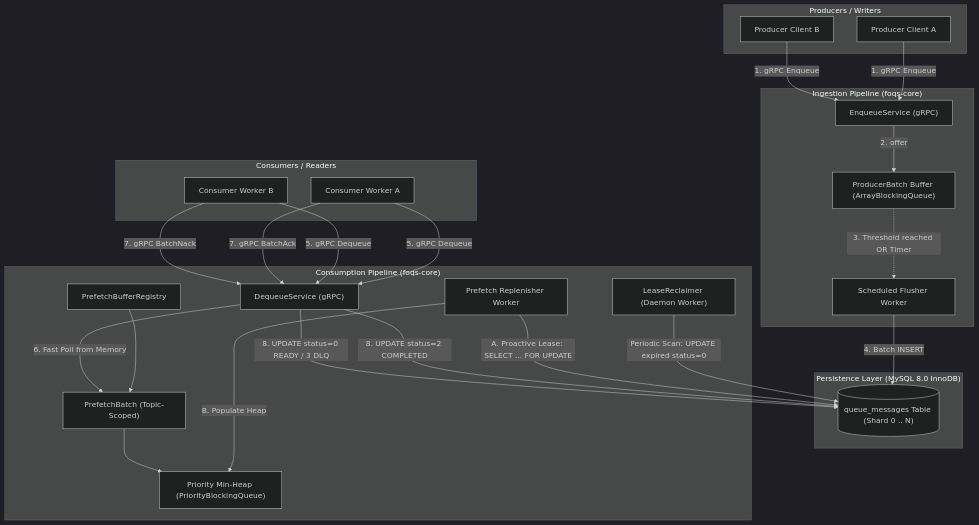
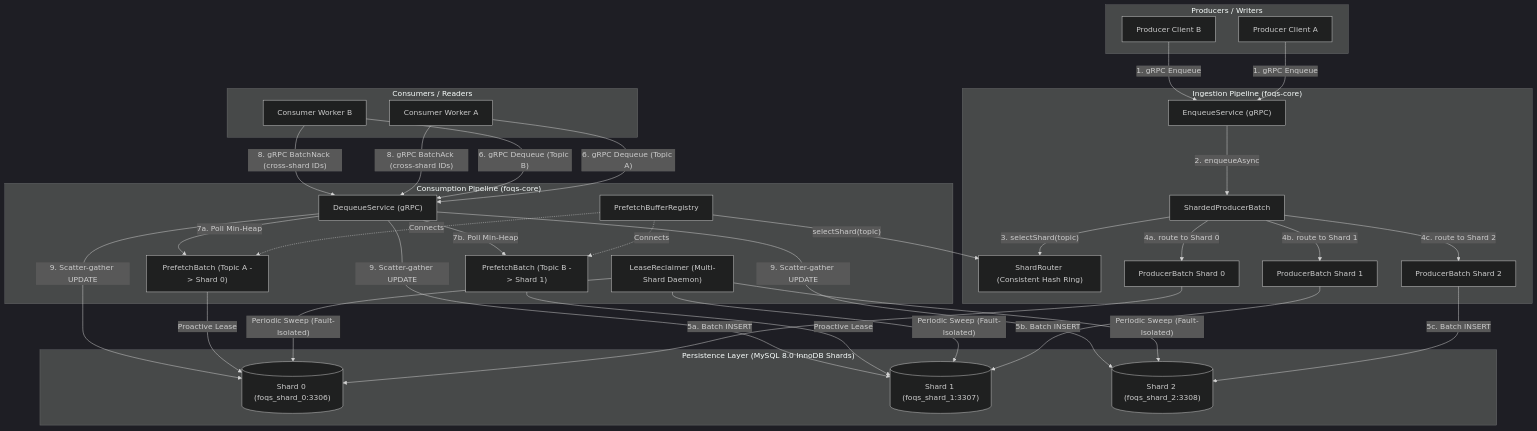
One commit to KhaiHust/FOQS changed the first of 9 diagrams in DOCS.md. Above: the diagram before and after it, drawn with Mermaid (dark theme). The commit also changed other lines of this file and 20 other files, not shown here.

Commit message:
feat(core): implement consistent hashing shard router and scatter-gather ACK/NACK

````diff
--- a/DOCS.md
+++ b/DOCS.md
@@ -96,51 +100,67 @@
 ```mermaid
 flowchart TB
     subgraph Producers ["Producers / Writers"]
         P1["Producer Client A"]
         P2["Producer Client B"]
     end
 
     subgraph EnqueueLayer ["Ingestion Pipeline (foqs-core)"]
         ES["EnqueueService (gRPC)"]
-        PB["ProducerBatch Buffer (ArrayBlockingQueue)"]
-        Flusher["Scheduled Flusher Worker"]
+        SPB["ShardedProducerBatch"]
+        SR["ShardRouter (Consistent Hash Ring)"]
+        PB0["ProducerBatch Shard 0"]
+        PB1["ProducerBatch Shard 1"]
+        PB2["ProducerBatch Shard 2"]
     end
 
-    subgraph ShardStorage ["Persistence Layer (MySQL 8.0 InnoDB)"]
-        DB[("queue_messages Table (Shard 0 .. N)")]
+    subgraph ShardStorage ["Persistence Layer (MySQL 8.0 InnoDB Shards)"]
+        DB0[("Shard 0 (foqs_shard_0:3306)")]
+        DB1[("Shard 1 (foqs_shard_1:3307)")]
+        DB2[("Shard 2 (foqs_shard_2:3308)")]
     end
 
     subgraph DequeueLayer ["Consumption Pipeline (foqs-core)"]
-        Reclaimer["LeaseReclaimer (Daemon Worker)"]
+        Reclaimer["LeaseReclaimer (Multi-Shard Daemon)"]
         Registry["PrefetchBufferRegistry"]
-        PBatch["PrefetchBatch (Topic-Scoped)"]
-        Heap["Priority Min-Heap (PriorityBlockingQueue)"]
-        Replenisher["Prefetch Replenisher Worker"]
+        PBatch0["PrefetchBatch (Topic A -> Shard 0)"]
+        PBatch1["PrefetchBatch (Topic B -> Shard 1)"]
         DS["DequeueService (gRPC)"]
     end
 
     subgraph Consumers ["Consumers / Readers"]
         C1["Consumer Worker A"]
         C2["Consumer Worker B"]
     end
 
     P1 -->|"1. gRPC Enqueue"| ES
     P2 -->|"1. gRPC Enqueue"| ES
-    ES -->|"2. offer"| PB
-    PB -.->|"3. Threshold reached OR Timer"| Flusher
-    Flusher -->|"4. Batch INSERT"| DB
+    ES -->|"2. enqueueAsync"| SPB
+    SPB -->|"3. selectShard(topic)"| SR
+    SPB -->|"4a. route to Shard 0"| PB0
+    SPB -->|"4b. route to Shard 1"| PB1
+    SPB -->|"4c. route to Shard 2"| PB2
+    PB0 -->|"5a. Batch INSERT"| DB0
+    PB1 -->|"5b. Batch INSERT"| DB1
+    PB2 -->|"5c. Batch INSERT"| DB2
 
-    Reclaimer -->|"Periodic Scan: UPDATE expired status=0"| DB
+    Reclaimer -->|"Periodic Sweep (Fault-Isolated)"| DB0
+    Reclaimer -->|"Periodic Sweep (Fault-Isolated)"| DB1
+    Reclaimer -->|"Periodic Sweep (Fault-Isolated)"| DB2
 
-    Replenisher -->|"A. Proactive Lease: SELECT ... FOR UPDATE"| DB
-    Replenisher -->|"B. Populate Heap"| Heap
-    PBatch --> Heap
-    Registry --> PBatch
-    C1 -->|"5. gRPC Dequeue"| DS
-    C2 -->|"5. gRPC Dequeue"| DS
-    DS -->|"6. Fast Poll from Memory"| PBatch
-    C1 -->|"7. gRPC BatchAck"| DS
-    DS -->|"8. UPDATE status=2 COMPLETED"| DB
-    C2 -->|"7. gRPC BatchNack"| DS
-    DS -->|"8. UPDATE status=0 READY / 3 DLQ"| DB
+    Registry -->|"selectShard(topic)"| SR
+    Registry -.->|"Connects"| PBatch0
+    Registry -.->|"Connects"| PBatch1
+    PBatch0 -->|"Proactive Lease"| DB0
+    PBatch1 -->|"Proactive Lease"| DB1
+
+    C1 -->|"6. gRPC Dequeue (Topic A)"| DS
+    C2 -->|"6. gRPC Dequeue (Topic B)"| DS
+    DS -->|"7a. Poll Min-Heap"| PBatch0
+    DS -->|"7b. Poll Min-Heap"| PBatch1
+
+    C1 -->|"8. gRPC BatchAck (cross-shard IDs)"| DS
+    C2 -->|"8. gRPC BatchNack (cross-shard IDs)"| DS
+    DS -->|"9. Scatter-gather UPDATE"| DB0
+    DS -->|"9. Scatter-gather UPDATE"| DB1
+    DS -->|"9. Scatter-gather UPDATE"| DB2
 ```
````
